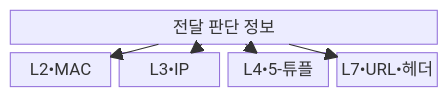
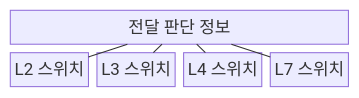
The first of 2 diagrams in src/content/docs/notes/04-network/018_network_switches.md (agnusdei1207/knowledge-base), drawn with Mermaid before and after one commit. The commit also changed other lines of this file and 493 other files, not shown here.

````diff
--- a/src/content/docs/notes/04-network/018_network_switches.md
+++ b/src/content/docs/notes/04-network/018_network_switches.md
@@ -67,13 +67,13 @@
 ```mermaid
 block-beta
     columns 4
     INFO["전달 판단 정보"]:4
-    L2["L2•MAC"]
-    L3["L3•IP"]
-    L4["L4•5-튜플"]
-    L7["L7•URL•헤더"]
-    INFO --> L2
-    INFO --> L3
-    INFO --> L4
-    INFO --> L7
+    L2["L2 스위치"]
+    L3["L3 스위치"]
+    L4["L4 스위치"]
+    L7["L7 스위치"]
+    INFO --- L2
+    INFO --- L3
+    INFO --- L4
+    INFO --- L7
 ```
````
